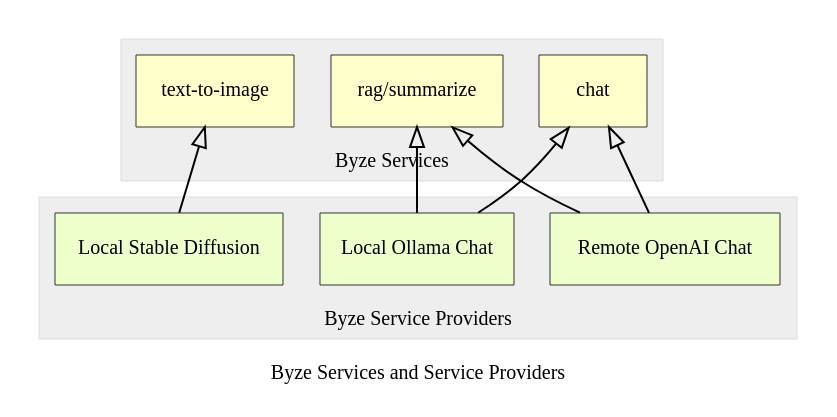
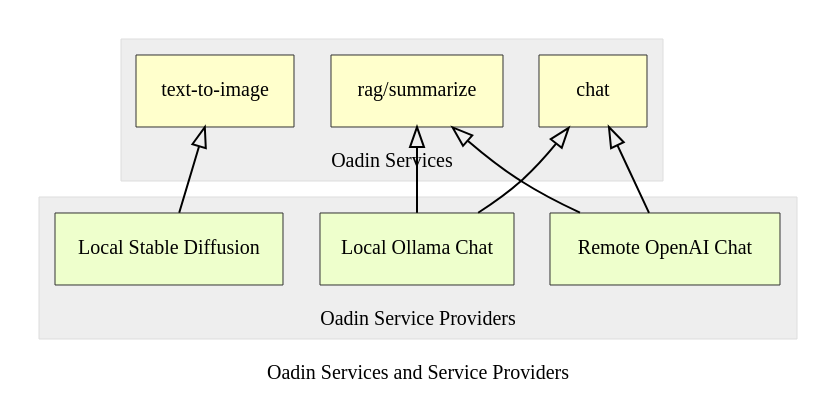
One commit to DigitalChinaOpenSource/oadin changed the diagram in docs/en/source/aog_concept.rst. Above: the diagram before and after it, drawn with Graphviz. The commit also changed other lines of this file and 117 other files, not shown here.

```diff
--- a/docs/en/source/aog_concept.rst
+++ b/docs/en/source/aog_concept.rst
@@ -32,42 +32,42 @@
 .. graphviz:: 
    :align: center
 
    digraph G {
     rankdir=BT
     compound=true
-    label = "Byze Services and Service Providers"
+    label = "Oadin Services and Service Providers"
     graph [fontname = "Verdana", fontsize = 10, style="filled", penwidth=0.5]
     node [fontname = "Verdana", fontsize = 10, shape=box, color="#333333", style="filled", penwidth=0.5] 
 
 
-    subgraph cluster_byze_service {
-        label = "Byze Services"
+    subgraph cluster_oadin_service {
+        label = "Oadin Services"
         color="#dddddd"
         fillcolor="#eeeeee"
 
         node[fillcolor="#ffffcc"]
 
         chat[label="chat"]
         rag_summarize[label="rag/summarize"]
         text_to_image[label="text-to-image"]
     }
 
-    subgraph cluster_byze_service_provider {
-        label = "Byze Service Providers"
+    subgraph cluster_oadin_service_provider {
+        label = "Oadin Service Providers"
         color="#dddddd"
         fillcolor="#eeeeee"
 
         node[fillcolor="#eeffcc"]
 
         provider_a[label="Remote OpenAI Chat"]
         provider_b[label="Local Ollama Chat"]
         provider_c[label="Local Stable Diffusion"]
     }
 
 
     edge[arrowhead=onormal]
     {provider_a, provider_b} -> chat
     {provider_a, provider_b} -> rag_summarize
     provider_c -> text_to_image
 
    }
```
